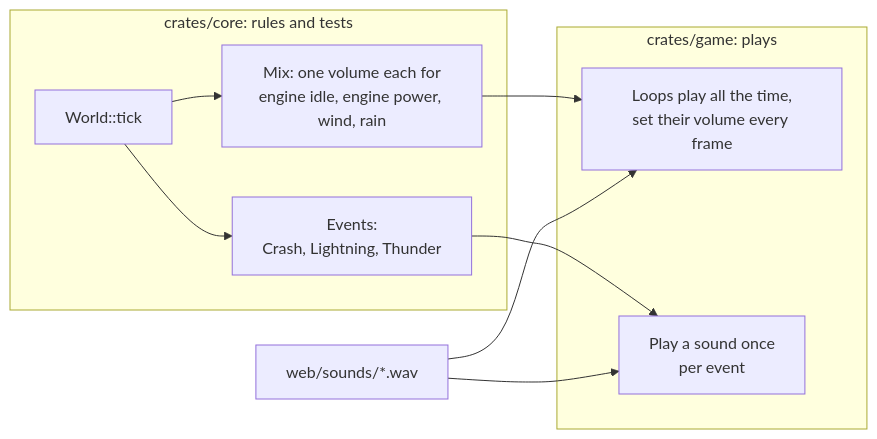
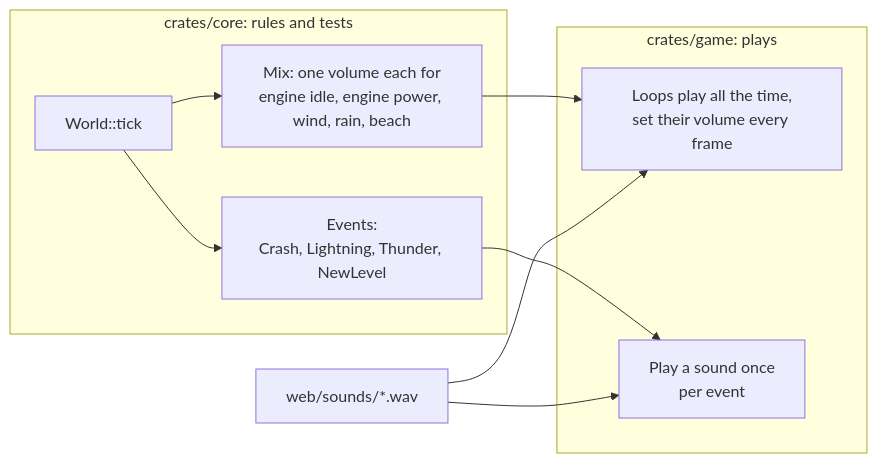
One commit to m0nstergamez/airplane-scoring changed the fourth of 9 diagrams in docs/content/en/develop.md. Above: the diagram before and after it, drawn with Mermaid. The commit also changed other lines of this file and 16 other files, not shown here.

First line of the commit message:
Play a tune for each new level and waves with gulls at the beach

````diff
--- a/docs/content/en/develop.md
+++ b/docs/content/en/develop.md
@@ -109,17 +109,17 @@
 ```mermaid
 flowchart LR
     subgraph core["crates/core: rules and tests"]
         W["World::tick"]
-        M["Mix: one volume each for<br/>engine idle, engine power, wind, rain"]
-        E["Events:<br/>Crash, Lightning, Thunder"]
+        M["Mix: one volume each for<br/>engine idle, engine power, wind, rain, beach"]
+        E["Events:<br/>Crash, Lightning, Thunder, NewLevel"]
     end
     subgraph game["crates/game: plays"]
         L["Loops play all the time,<br/>set their volume every frame"]
         O["Play a sound once<br/>per event"]
     end
     F["web/sounds/*.wav"]
     W --> M --> L
     W --> E --> O
     F --> L
     F --> O
 ```
````
